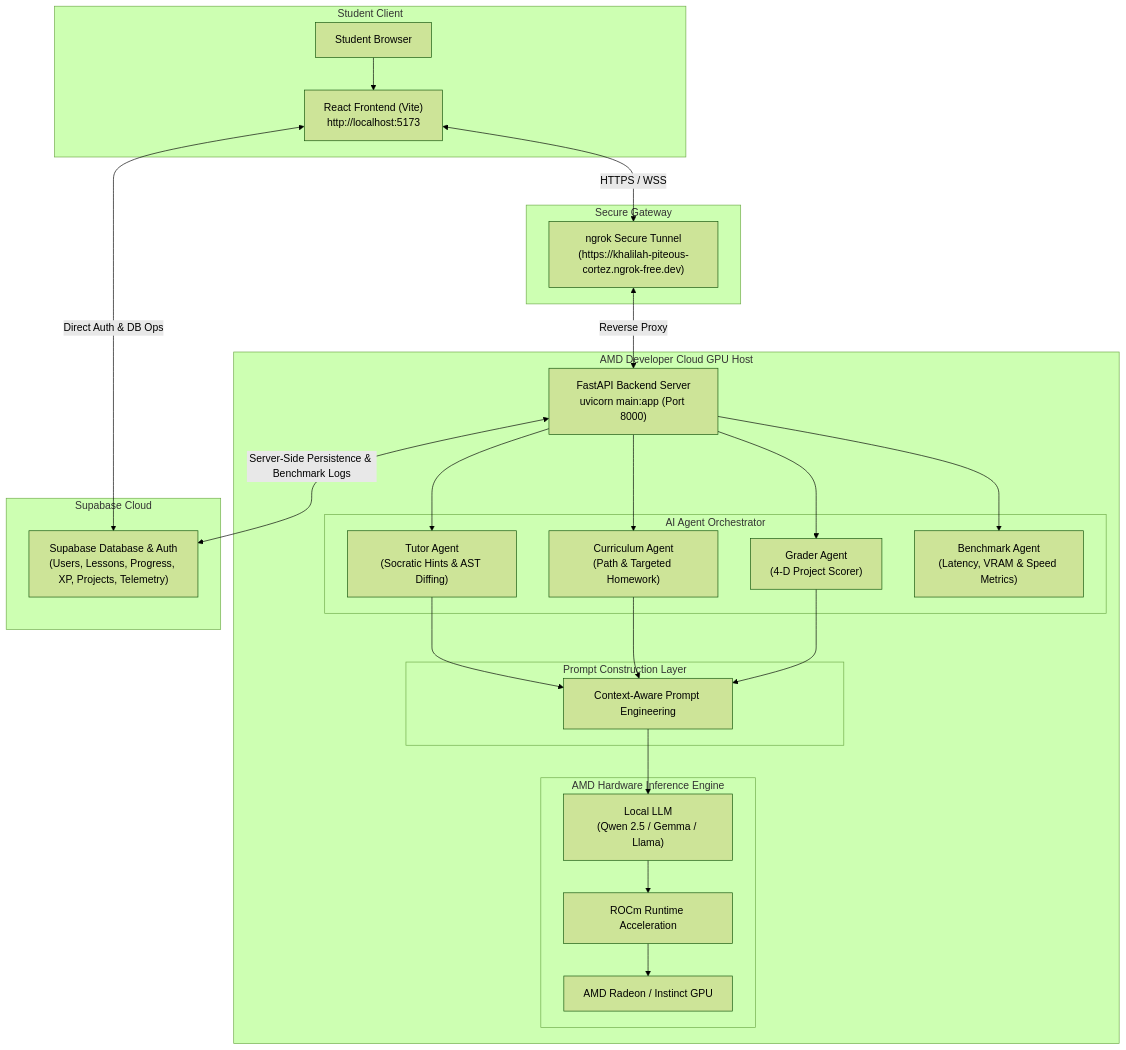
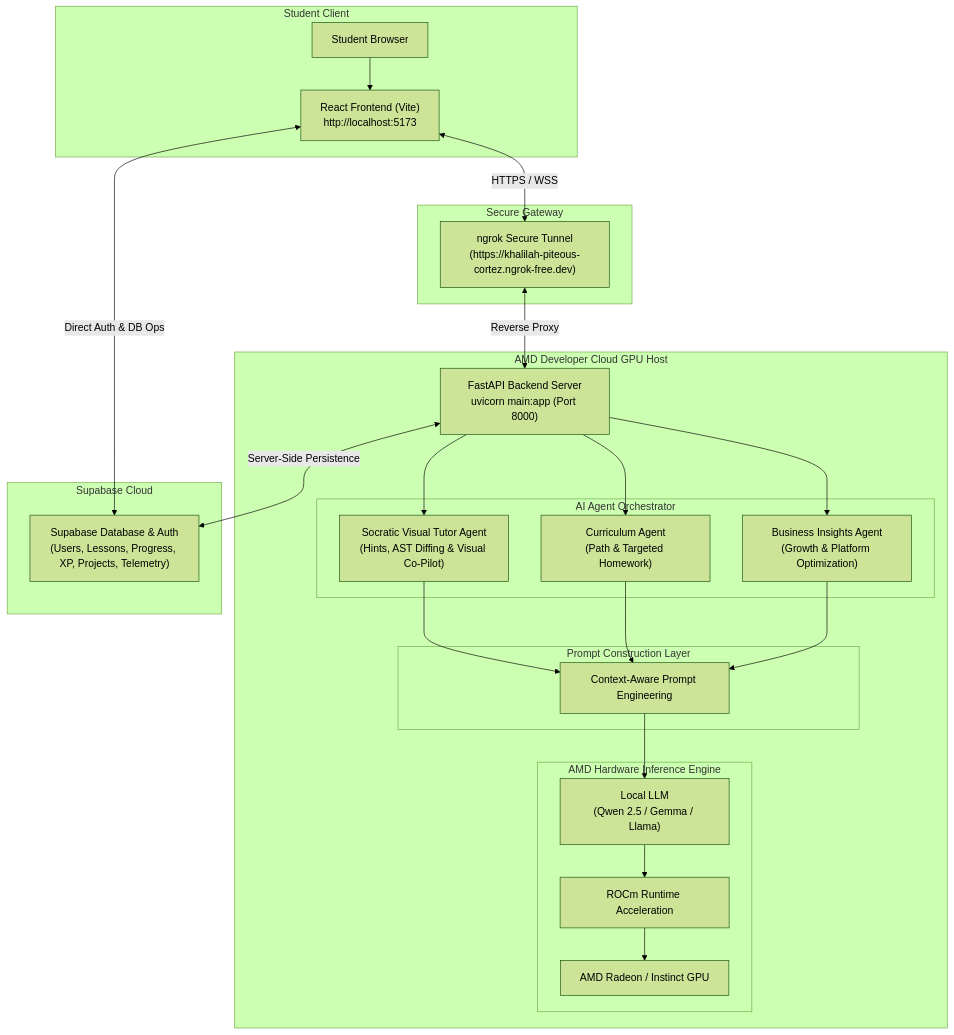
The diagram in TRACK2_PROJECT_SPECIFICATION.md (maria2469/KidoDev), drawn with Mermaid (forest theme) before and after one commit. The commit also changed other lines of this file and 14 other files, not shown here.

````diff
--- a/TRACK2_PROJECT_SPECIFICATION.md
+++ b/TRACK2_PROJECT_SPECIFICATION.md
@@ -38,53 +32,51 @@
 ```mermaid
 flowchart TB
     subgraph Client ["Student Client"]
         Student["Student Browser"]
         ReactFrontend["React Frontend (Vite)\nhttp://localhost:5173"]
         Student --> ReactFrontend
     end
 
     subgraph Tunnel ["Secure Gateway"]
         NgrokTunnel["ngrok Secure Tunnel\n(https://khalilah-piteous-cortez.ngrok-free.dev)"]
         ReactFrontend <-->|HTTPS / WSS| NgrokTunnel
     end
 
     subgraph AMDCloud ["AMD Developer Cloud GPU Host"]
         FastAPI["FastAPI Backend Server\nuvicorn main:app (Port 8000)"]
         NgrokTunnel <-->|Reverse Proxy| FastAPI
 
         subgraph AgentOrchestrator ["AI Agent Orchestrator"]
-            TutorAgent["Tutor Agent\n(Socratic Hints & AST Diffing)"]
+            TutorAgent["Socratic Visual Tutor Agent\n(Hints, AST Diffing & Visual Co-Pilot)"]
             CurriculumAgent["Curriculum Agent\n(Path & Targeted Homework)"]
-            GraderAgent["Grader Agent\n(4-D Project Scorer)"]
-            BenchmarkAgent["Benchmark Agent\n(Latency, VRAM & Speed Metrics)"]
+            BusinessAgent["Business Insights Agent\n(Growth & Platform Optimization)"]
         end
 
         FastAPI --> TutorAgent
         FastAPI --> CurriculumAgent
-        FastAPI --> GraderAgent
-        FastAPI --> BenchmarkAgent
+        FastAPI --> BusinessAgent
 
         subgraph PromptLayer ["Prompt Construction Layer"]
             PromptBuilder["Context-Aware Prompt Engineering"]
             TutorAgent --> PromptBuilder
             CurriculumAgent --> PromptBuilder
-            GraderAgent --> PromptBuilder
+            BusinessAgent --> PromptBuilder
         end
 
         subgraph InferenceEngine ["AMD Hardware Inference Engine"]
             LocalLLM["Local LLM\n(Qwen 2.5 / Gemma / Llama)"]
             ROCmStack["ROCm Runtime Acceleration"]
             AMDGPUHardware["AMD Radeon / Instinct GPU"]
 
             PromptBuilder --> LocalLLM
             LocalLLM --> ROCmStack
             ROCmStack --> AMDGPUHardware
         end
     end
 
     subgraph Database ["Supabase Cloud"]
         SupabaseDB["Supabase Database & Auth\n(Users, Lessons, Progress, XP, Projects, Telemetry)"]
         ReactFrontend <-->|Direct Auth & DB Ops| SupabaseDB
-        FastAPI <-->|Server-Side Persistence & Benchmark Logs| SupabaseDB
+        FastAPI <-->|Server-Side Persistence| SupabaseDB
     end
 ```
````
